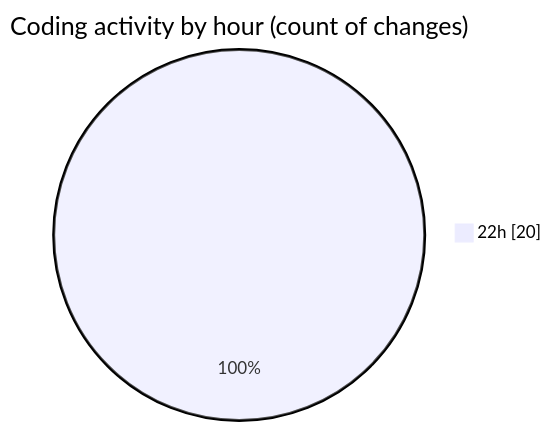
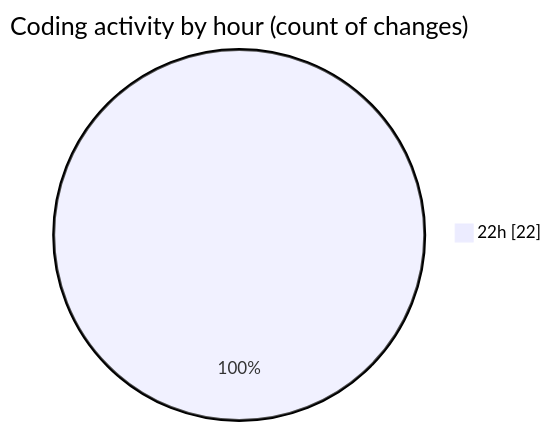
Before and after one commit to hasnaa123/code-tracking: the second of 2 diagrams in 2026-02-23/student_performance_system/README.md, drawn with Mermaid. The commit also changed other lines of this file and 1 other file, not shown here.

````diff
--- a/2026-02-23/student_performance_system/README.md
+++ b/2026-02-23/student_performance_system/README.md
@@ -28,5 +28,5 @@
 ```mermaid
 pie showData
 title Coding activity by hour (count of changes)
-"22h" : 20
+"22h" : 22
 ```
````
